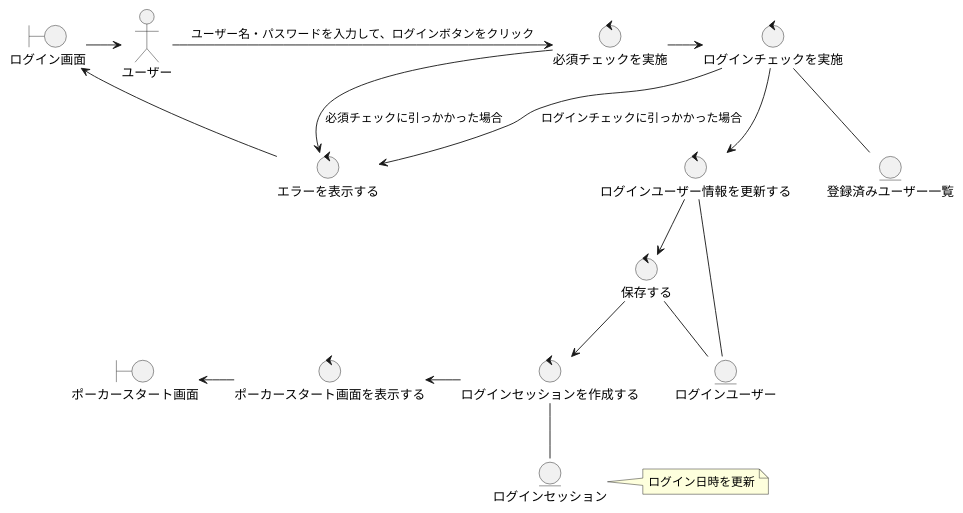
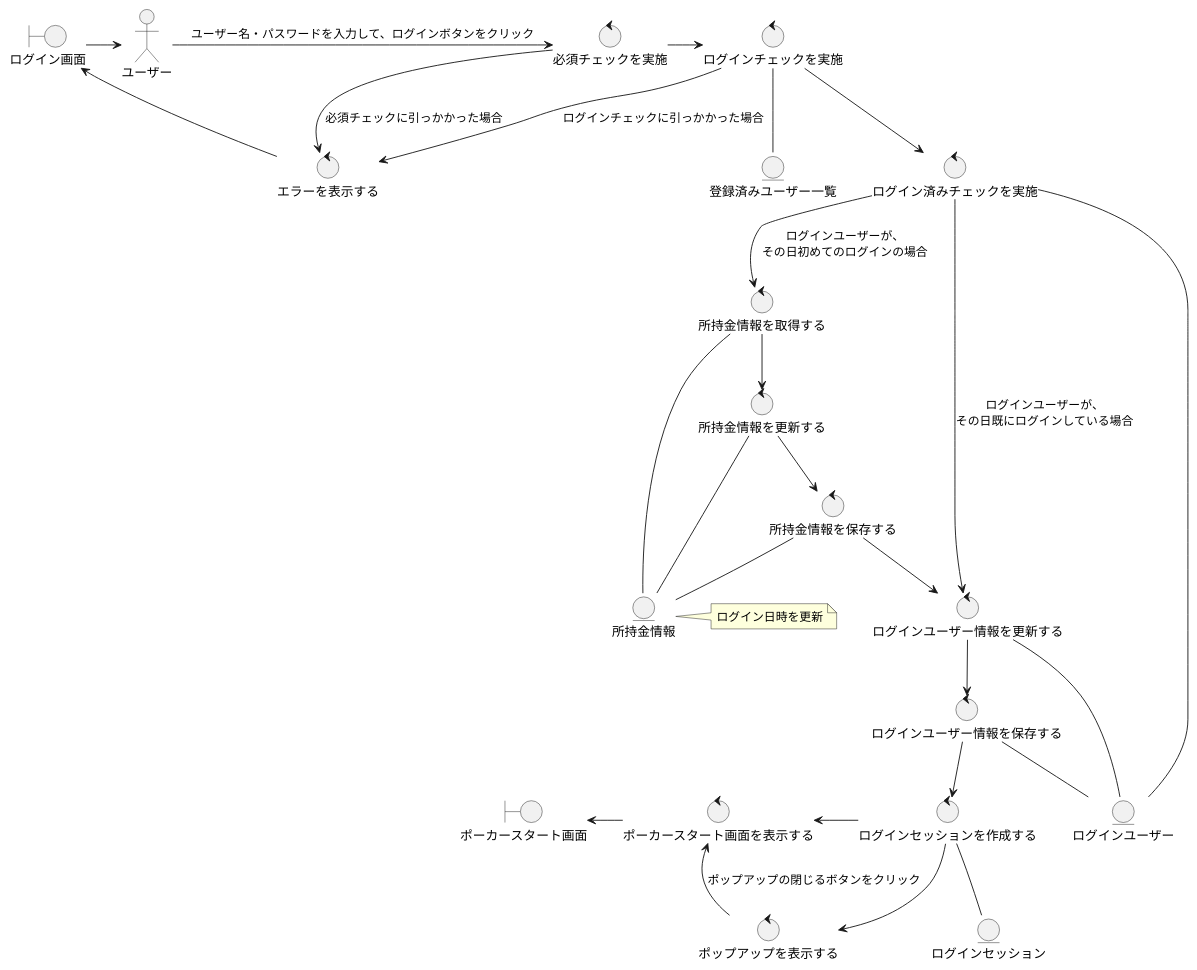
The diagram in docs/詳細設計/ロバストネス図/ログイン/ログインする(ロバストネス図).puml (CSTSCSTS/UserAp), drawn with PlantUML before and after one commit. The commit also changed 5 other files, not shown here.

Commit message:
ロバストネス図を修正

```diff
--- a/docs/詳細設計/ロバストネス図/ログイン/ログインする(ロバストネス図).puml
+++ b/docs/詳細設計/ロバストネス図/ログイン/ログインする(ロバストネス図).puml
@@ -1,43 +1,60 @@
 @startuml
 
 actor ユーザー
 
 boundary ログイン画面
 boundary ポーカースタート画面
 control 必須チェックを実施
 control ログインチェックを実施
 control ログインセッションを作成する
 control ポーカースタート画面を表示する
 control ログインユーザー情報を更新する
 control ログインセッションを作成する
-control 保存する
+control ログインユーザー情報を保存する
+control 所持金情報を取得する
+control 所持金情報を更新する
+control 所持金情報を保存する
+control ログイン済みチェックを実施
 control エラーを表示する
+control ポップアップを表示する
 entity 登録済みユーザー一覧
 entity ログインユーザー
 entity ログインセッション
+entity 所持金情報
 
 
 '基本コース
 ログイン画面 -right-> ユーザー
 ユーザー -right-> 必須チェックを実施 : ユーザー名・パスワードを入力して、ログインボタンをクリック
 必須チェックを実施 -right-> ログインチェックを実施
-ログインチェックを実施 -down-> ログインユーザー情報を更新する
+ログインチェックを実施 -down-> ログイン済みチェックを実施
+ログイン済みチェックを実施 -down-> ログインユーザー情報を更新する : ログインユーザーが、\nその日既にログインしている場合
 note right : ログイン日時を更新
-ログインユーザー情報を更新する -down-> 保存する
-保存する -down-> ログインセッションを作成する
+ログインユーザー情報を更新する -down-> ログインユーザー情報を保存する
+ログインユーザー情報を保存する -down-> ログインセッションを作成する
 ログインセッションを作成する -left-> ポーカースタート画面を表示する
 ポーカースタート画面を表示する -left-> ポーカースタート画面
 
 ログインチェックを実施 -- 登録済みユーザー一覧
+ログイン済みチェックを実施 -- ログインユーザー
 ログインユーザー情報を更新する -- ログインユーザー
-保存する -- ログインユーザー
+ログインユーザー情報を保存する -- ログインユーザー
 ログインセッションを作成する -- ログインセッション
 
 '代替コース
 必須チェックを実施 -down-> エラーを表示する : 必須チェックに引っかかった場合
 ログインチェックを実施 -down-> エラーを表示する : ログインチェックに引っかかった場合
+エラーを表示する -up-> ログイン画面
+ログイン済みチェックを実施 --> 所持金情報を取得する : ログインユーザーが、\nその日初めてのログインの場合
+所持金情報を取得する --> 所持金情報を更新する
+所持金情報を更新する --> 所持金情報を保存する
+所持金情報を保存する --> ログインユーザー情報を更新する
+ログインセッションを作成する --> ポップアップを表示する
+ポップアップを表示する -up-> ポーカースタート画面を表示する : ポップアップの閉じるボタンをクリック
 
-エラーを表示する -up-> ログイン画面
+所持金情報を取得する -- 所持金情報
+所持金情報を更新する -- 所持金情報
+所持金情報を保存する -- 所持金情報
 
 
 @enduml
```
